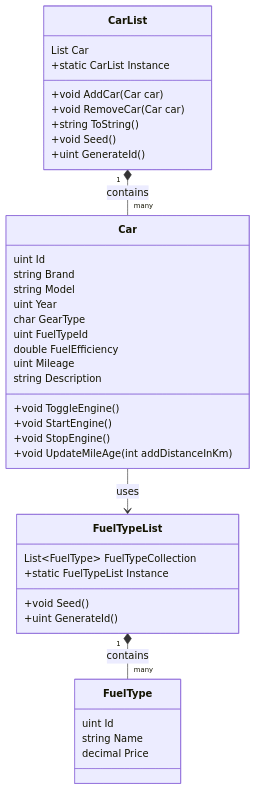
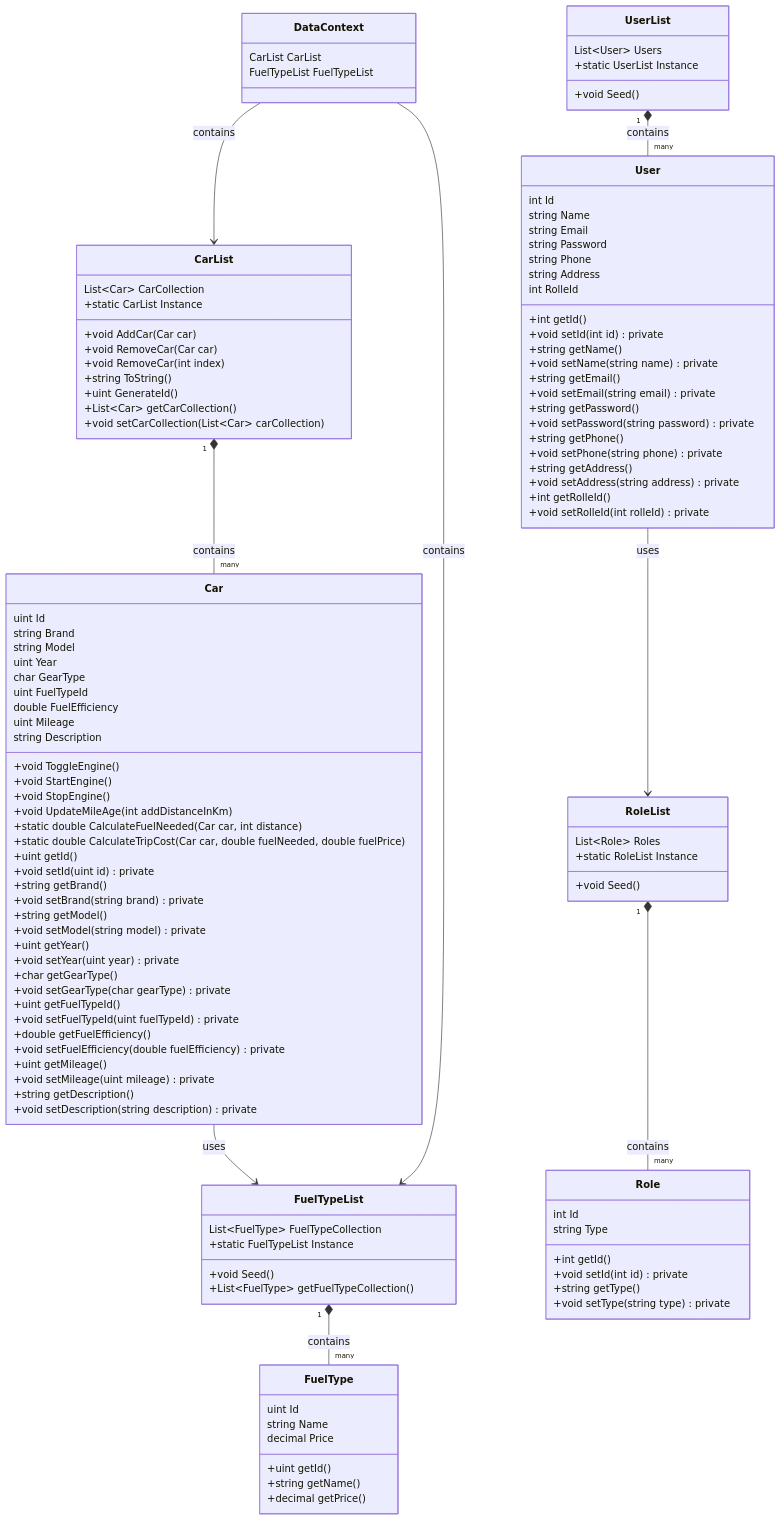
Before and after one commit to Tirsvad/TirsvadDatamatiker.CarApp: the diagram in documentation/DCD.mmd, drawn with Mermaid. The commit also changed 19 other files, not shown here.

```diff
--- a/documentation/DCD.mmd
+++ b/documentation/DCD.mmd
@@ -1,43 +1,123 @@
 classDiagram
     class Car {
         uint Id
         string Brand
         string Model
         uint Year
         char GearType
         uint FuelTypeId
         double FuelEfficiency
         uint Mileage
         string Description
         +void ToggleEngine()
         +void StartEngine()
         +void StopEngine()
         +void UpdateMileAge(int addDistanceInKm)
+        +static double CalculateFuelNeeded(Car car, int distance)
+        +static double CalculateTripCost(Car car, double fuelNeeded, double fuelPrice)
+        +uint getId()
+        +void setId(uint id) private
+        +string getBrand()
+        +void setBrand(string brand) private
+        +string getModel()
+        +void setModel(string model) private
+        +uint getYear()
+        +void setYear(uint year) private
+        +char getGearType()
+        +void setGearType(char gearType) private
+        +uint getFuelTypeId()
+        +void setFuelTypeId(uint fuelTypeId) private
+        +double getFuelEfficiency()
+        +void setFuelEfficiency(double fuelEfficiency) private
+        +uint getMileage()
+        +void setMileage(uint mileage) private
+        +string getDescription()
+        +void setDescription(string description) private
+    }
+
+    class CarList {
+        List~Car~ CarCollection
+        +static CarList Instance
+        +void AddCar(Car car)
+        +void RemoveCar(Car car)
+        +void RemoveCar(int index)
+        +string ToString()
+        +uint GenerateId()
+        +List~Car~ getCarCollection()
+        +void setCarCollection(List~Car~ carCollection)
     }
 
     class FuelType {
         uint Id
         string Name
         decimal Price
-    }
-
-    class CarList {
-        List<Car> Car
-        +static CarList Instance
-        +void AddCar(Car car)
-        +void RemoveCar(Car car)
-        +string ToString()
-        +void Seed()
-        +uint GenerateId()
+        +uint getId()
+        +string getName()
+        +decimal getPrice()
     }
 
     class FuelTypeList {
         List~FuelType~ FuelTypeCollection
         +static FuelTypeList Instance
         +void Seed()
-        +uint GenerateId()
+        +List~FuelType~ getFuelTypeCollection()
+    }
+
+    class User {
+        int Id
+        string Name
+        string Email
+        string Password
+        string Phone
+        string Address
+        int RolleId
+        +int getId()
+        +void setId(int id) private
+        +string getName()
+        +void setName(string name) private
+        +string getEmail()
+        +void setEmail(string email) private
+        +string getPassword()
+        +void setPassword(string password) private
+        +string getPhone()
+        +void setPhone(string phone) private
+        +string getAddress()
+        +void setAddress(string address) private
+        +int getRolleId()
+        +void setRolleId(int rolleId) private
+    }
+
+    class UserList {
+        List~User~ Users
+        +static UserList Instance
+        +void Seed()
+    }
+
+    class Role {
+        int Id
+        string Type
+        +int getId()
+        +void setId(int id) private
+        +string getType()
+        +void setType(string type) private
+    }
+
+    class RoleList {
+        List~Role~ Roles
+        +static RoleList Instance
+        +void Seed()
+    }
+
+    class DataContext {
+        CarList CarList
+        FuelTypeList FuelTypeList
     }
 
     Car --> FuelTypeList : uses
+    User --> RoleList : uses
     CarList "1" *-- "many" Car : contains
     FuelTypeList "1" *-- "many" FuelType : contains
+    UserList "1" *-- "many" User : contains
+    RoleList "1" *-- "many" Role : contains
+    DataContext --> CarList : contains
+    DataContext --> FuelTypeList : contains
```
